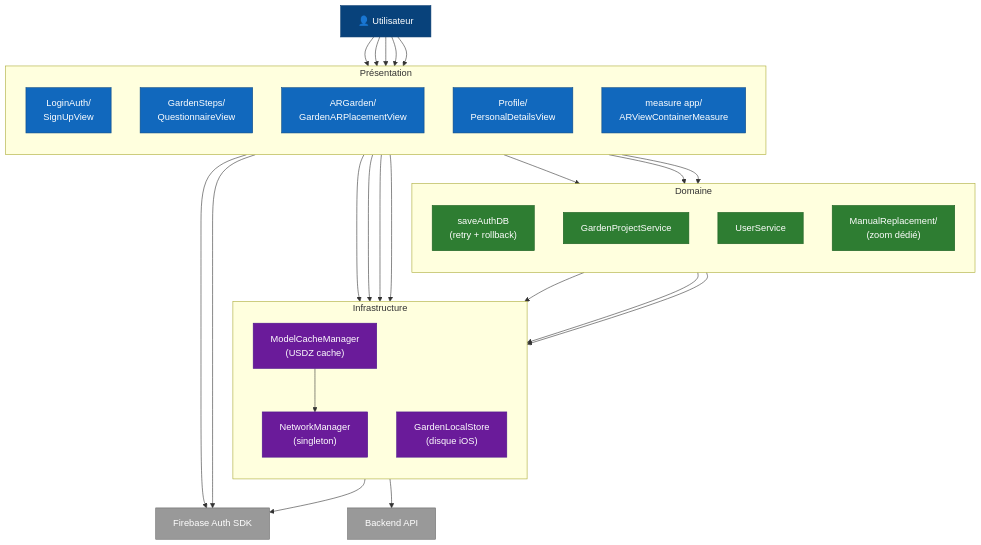
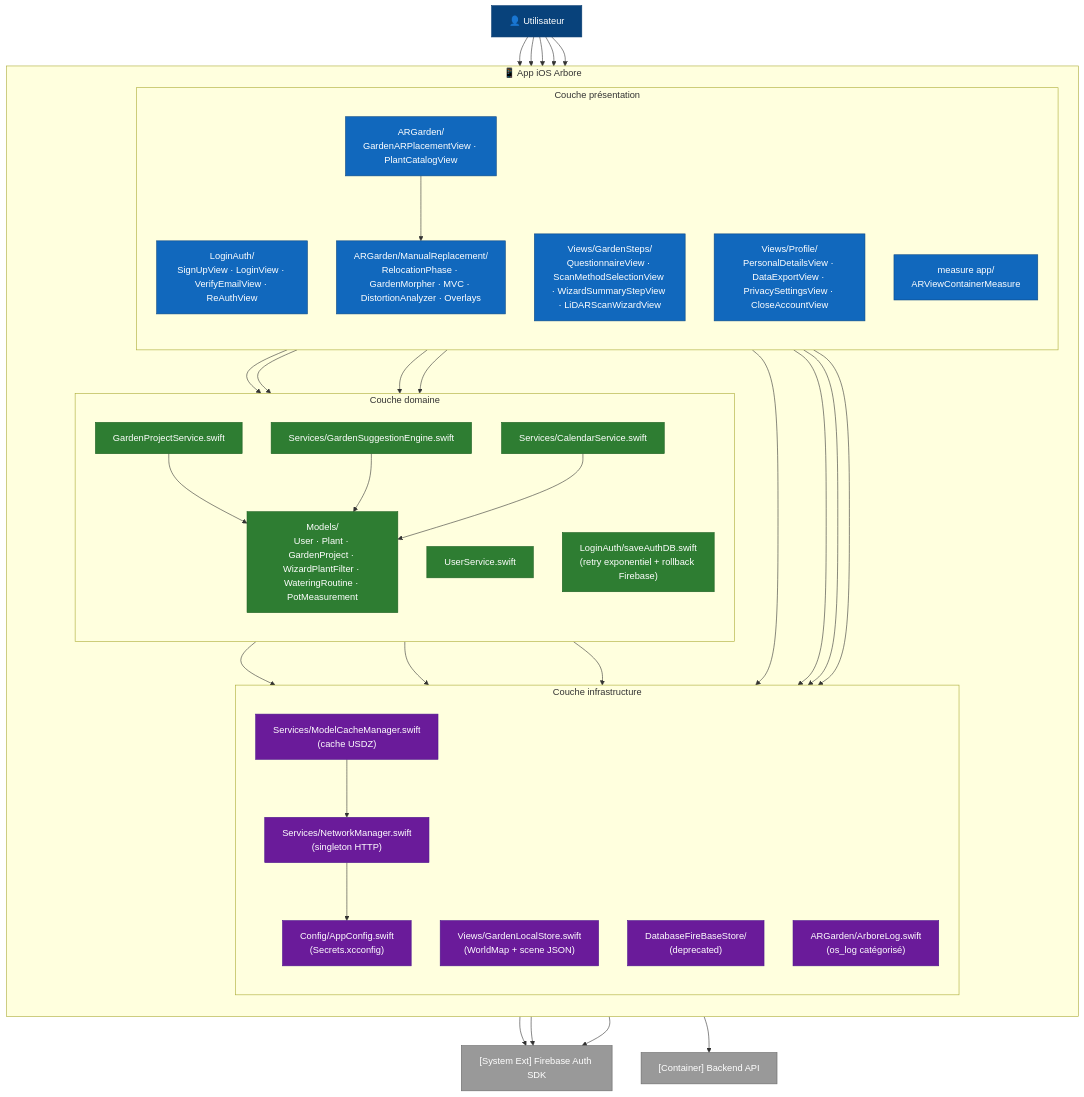
One commit to ArboreTeam/Arbore changed the diagram in docs/architecture/03-components-ios.md. Above: the diagram before and after it, drawn with Mermaid. The commit also changed other lines of this file, not shown here.

Commit message:
docs(ios): single comprehensive vertical diagram
Consolide les trois diagrammes (topologie, câblage, zoom
ManualReplacement) en un diagramme unique conçu pour le rendu vertical :
outer flowchart TB, chaque subgraph layer en direction TB pour stacker
les modules verticalement, toutes les dépendances inter-modules
préservées.

Conserve les tableaux prose pour le détail des modules. Le zoom
ManualReplacement disparait du fichier ; ses composants restent listés
dans le tableau de la couche présentation et son state diagram est
référencé dans state-machines/ (Phase 3).

````diff
--- a/docs/architecture/03-components-ios.md
+++ b/docs/architecture/03-components-ios.md
@@ -85,68 +12,84 @@
 flowchart TB
     user["👤 Utilisateur"]
 
-    subgraph ui["Présentation"]
+    subgraph ios["📱 App iOS Arbore"]
         direction TB
-        login["LoginAuth/<br/>SignUpView"]
-        wizard["GardenSteps/<br/>QuestionnaireView"]
-        ar["ARGarden/<br/>GardenARPlacementView"]
-        profile["Profile/<br/>PersonalDetailsView"]
-        measure["measure app/<br/>ARViewContainerMeasure"]
+
+        subgraph ui_layer["Couche présentation"]
+            direction TB
+            login["LoginAuth/<br/>SignUpView · LoginView · VerifyEmailView · ReAuthView"]
+            wizard["Views/GardenSteps/<br/>QuestionnaireView · ScanMethodSelectionView · WizardSummaryStepView · LiDARScanWizardView"]
+            ar_view["ARGarden/<br/>GardenARPlacementView · PlantCatalogView"]
+            manual_rep["ARGarden/ManualReplacement/<br/>RelocationPhase · GardenMorpher · MVC · DistortionAnalyzer · Overlays"]
+            profile["Views/Profile/<br/>PersonalDetailsView · DataExportView · PrivacySettingsView · CloseAccountView"]
+            measure["measure app/<br/>ARViewContainerMeasure"]
+        end
+
+        subgraph domain_layer["Couche domaine"]
+            direction TB
+            models["Models/<br/>User · Plant · GardenProject · WizardPlantFilter · WateringRoutine · PotMeasurement"]
+            user_svc["UserService.swift"]
+            garden_svc["GardenProjectService.swift"]
+            suggest["Services/GardenSuggestionEngine.swift"]
+            calendar["Services/CalendarService.swift"]
+            save_auth["LoginAuth/saveAuthDB.swift<br/>(retry exponentiel + rollback Firebase)"]
+        end
+
+        subgraph infra_layer["Couche infrastructure"]
+            direction TB
+            network["Services/NetworkManager.swift<br/>(singleton HTTP)"]
+            model_cache["Services/ModelCacheManager.swift<br/>(cache USDZ)"]
+            local_store["Views/GardenLocalStore.swift<br/>(WorldMap + scene JSON)"]
+            firestore["DatabaseFireBaseStore/<br/>(deprecated)"]
+            config["Config/AppConfig.swift<br/>(Secrets.xcconfig)"]
+            logger["ARGarden/ArboreLog.swift<br/>(os_log catégorisé)"]
+        end
     end
 
-    subgraph domain["Domaine"]
-        direction TB
-        save_auth["saveAuthDB<br/>(retry + rollback)"]
-        garden_svc["GardenProjectService"]
-        user_svc["UserService"]
-        manual["ManualReplacement/<br/>(zoom dédié)"]
-    end
-
-    subgraph infra["Infrastructure"]
-        direction TB
-        net["NetworkManager<br/>(singleton)"]
-        local["GardenLocalStore<br/>(disque iOS)"]
-        cache["ModelCacheManager<br/>(USDZ cache)"]
-    end
-
-    fb["Firebase Auth SDK"]
-    backend["Backend API"]
+    fb_auth_ext["[System Ext] Firebase Auth SDK"]
+    backend_ext["[Container] Backend API"]
 
     user --> login
     user --> wizard
-    user --> ar
+    user --> ar_view
     user --> profile
     user --> measure
 
     login --> save_auth
-    login --> fb
-    save_auth --> net
+    login --> fb_auth_ext
+    save_auth --> network
 
     wizard --> garden_svc
-    garden_svc --> net
+    wizard --> models
+    garden_svc --> models
+    garden_svc --> network
 
-    profile --> net
-    profile --> fb
-    user_svc --> net
+    ar_view --> manual_rep
+    ar_view --> local_store
+    ar_view --> model_cache
+    ar_view --> models
+    model_cache --> network
 
-    ar --> manual
-    ar --> local
-    ar --> cache
-    cache --> net
+    profile --> network
+    profile --> fb_auth_ext
 
-    measure --> local
+    measure --> local_store
+    suggest --> models
+    calendar --> models
+    user_svc --> network
 
-    net --> fb
-    net --> backend
+    network --> config
+    network --> fb_auth_ext
+    network --> backend_ext
 
     classDef person fill:#08427B,stroke:#073B6F,color:#fff
-    classDef ui_n   fill:#1168BD,stroke:#0B4884,color:#fff
-    classDef dom_n  fill:#2E7D32,stroke:#1B5E20,color:#fff
-    classDef inf_n  fill:#6A1B9A,stroke:#4A148C,color:#fff
-    classDef ext_n  fill:#999,stroke:#666,color:#fff
+    classDef ui     fill:#1168BD,stroke:#0B4884,color:#fff
+    classDef domain fill:#2E7D32,stroke:#1B5E20,color:#fff
+    classDef infra  fill:#6A1B9A,stroke:#4A148C,color:#fff
+    classDef ext    fill:#999,stroke:#666,color:#fff
     class user person
-    class login,wizard,ar,profile,measure ui_n
-    class save_auth,garden_svc,user_svc,manual dom_n
-    class net,local,cache inf_n
-    class fb,backend ext_n
+    class login,wizard,ar_view,manual_rep,profile,measure ui
+    class models,user_svc,garden_svc,suggest,calendar,save_auth domain
+    class network,model_cache,local_store,firestore,config,logger infra
+    class fb_auth_ext,backend_ext ext
 ```
````
